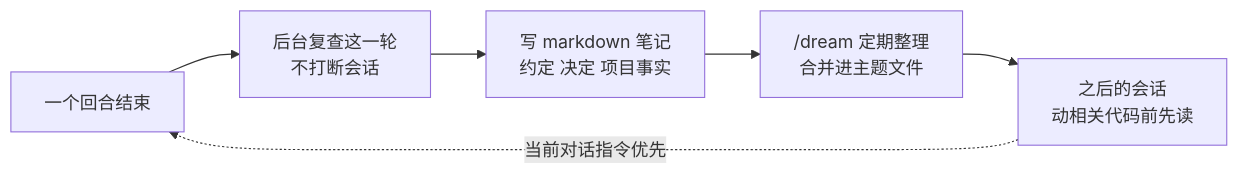
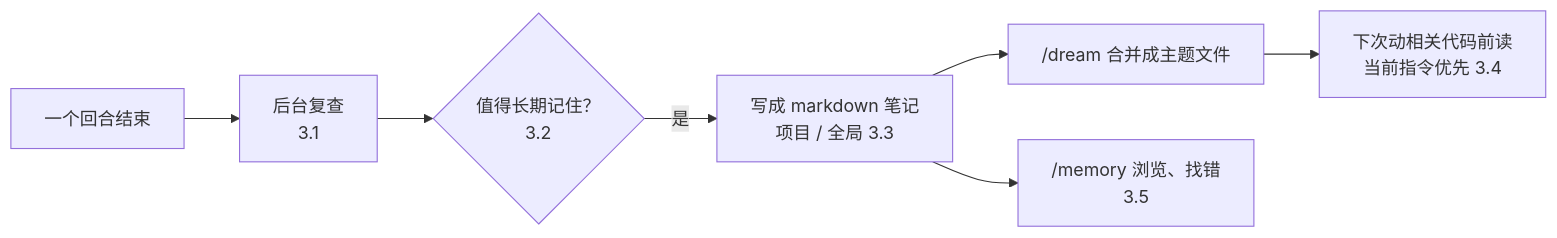
The diagram in docs/46-grok-build-memory.md (yzw7489757/ai-coding-videos), drawn with Mermaid before and after one commit. The commit also changed other lines of this file and 7 other files, not shown here.

````diff
--- a/docs/46-grok-build-memory.md
+++ b/docs/46-grok-build-memory.md
@@ -42,8 +70,9 @@
 ```mermaid
 flowchart LR
-    T["一个回合结束"] --> C["后台复查这一轮<br/>不打断会话"]
-    C --> N["写 markdown 笔记<br/>约定 决定 项目事实"]
-    N --> D["/dream 定期整理<br/>合并进主题文件"]
-    D --> R["之后的会话<br/>动相关代码前先读"]
-    R -. 当前对话指令优先 .-> T
+  A["一个回合结束"] --> B["后台复查<br/>3.1"]
+  B --> C{"值得长期记住？<br/>3.2"}
+  C -- 是 --> D["写成 markdown 笔记<br/>项目 / 全局 3.3"]
+  D --> E["/dream 合并成主题文件"]
+  E --> F["下次动相关代码前读<br/>当前指令优先 3.4"]
+  D --> G["/memory 浏览、找错<br/>3.5"]
 ```
````
